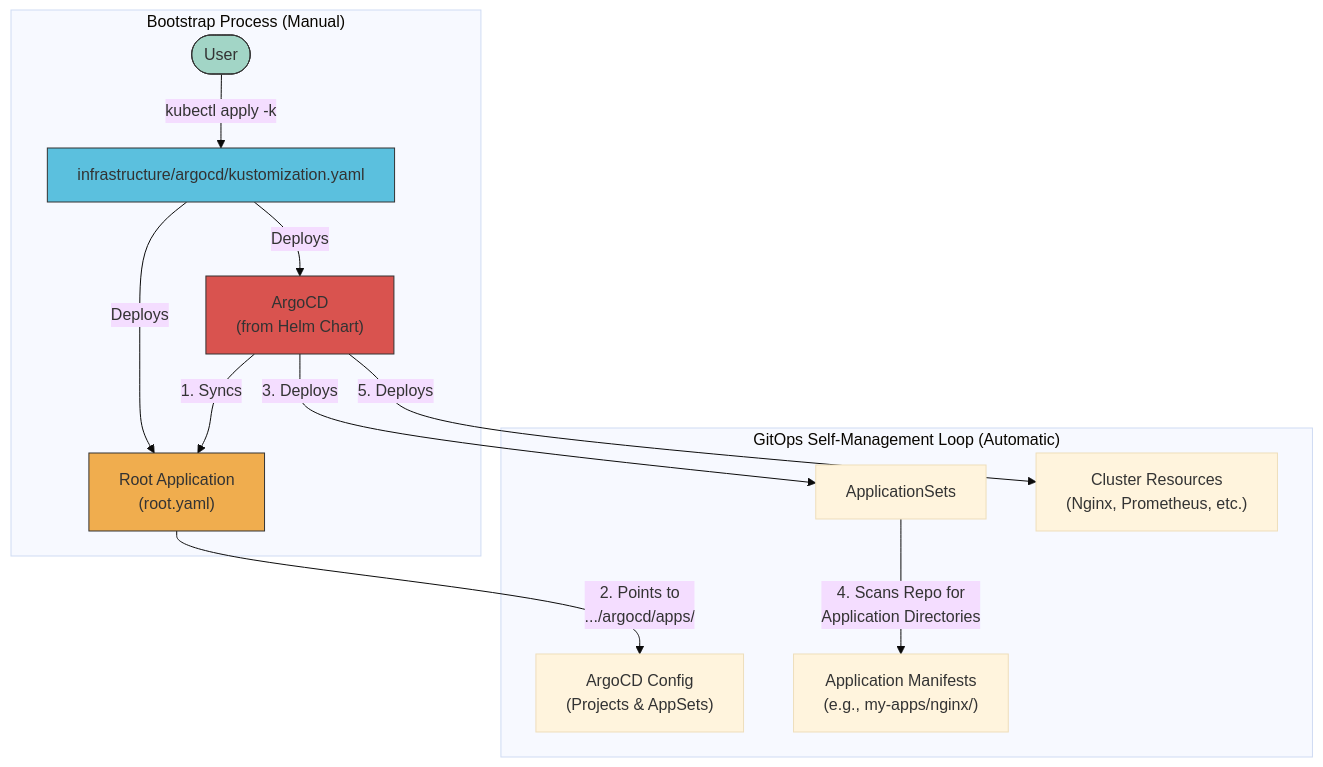
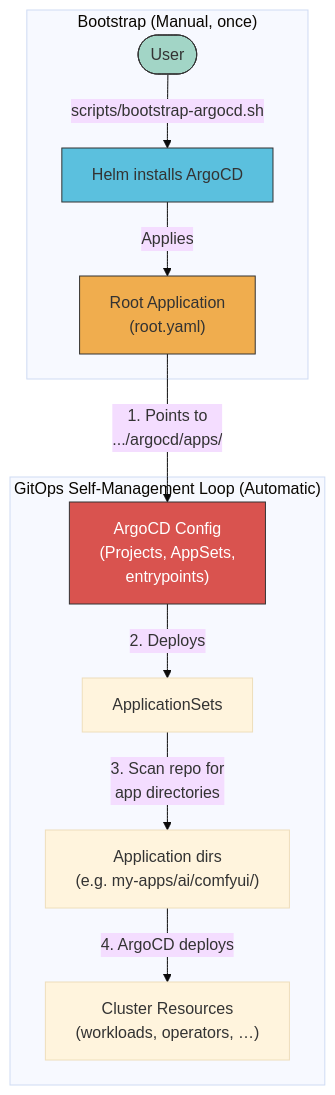
Before and after one commit to mitchross/talos-argocd-proxmox: the diagram in README.md, drawn with Mermaid (base theme). The commit also changed other lines of this file and 1 other file, not shown here.

First line of the commit message:
docs: overhaul root README around the real bootstrap sequence

````diff
--- a/README.md
+++ b/README.md
@@ -30,21 +32,19 @@
 ```mermaid
 graph TD;
-    subgraph "Bootstrap Process (Manual)"
-        User(["User"]) -- "kubectl apply -k" --> Kustomization["infrastructure/argocd/kustomization.yaml"];
-        Kustomization -- "Deploys" --> ArgoCD["ArgoCD<br/>(from Helm Chart)"];
-        Kustomization -- "Deploys" --> RootApp["Root Application<br/>(root.yaml)"];
+    subgraph "Bootstrap (Manual, once)"
+        User(["User"]) -- "scripts/bootstrap-argocd.sh" --> Helm["Helm installs ArgoCD"];
+        Helm -- "Applies" --> RootApp["Root Application<br/>(root.yaml)"];
     end
 
     subgraph "GitOps Self-Management Loop (Automatic)"
-        ArgoCD -- "1. Syncs" --> RootApp;
-        RootApp -- "2. Points to<br/>.../argocd/apps/" --> ArgoConfigDir["ArgoCD Config<br/>(Projects & AppSets)"];
-        ArgoCD -- "3. Deploys" --> AppSets["ApplicationSets"];
-        AppSets -- "4. Scans Repo for<br/>Application Directories" --> AppManifests["Application Manifests<br/>(e.g., my-apps/nginx/)"];
-        ArgoCD -- "5. Deploys" --> ClusterResources["Cluster Resources<br/>(Nginx, Prometheus, etc.)"];
+        RootApp -- "1. Points to<br/>.../argocd/apps/" --> ArgoConfigDir["ArgoCD Config<br/>(Projects, AppSets,<br/>entrypoints)"];
+        ArgoConfigDir -- "2. Deploys" --> AppSets["ApplicationSets"];
+        AppSets -- "3. Scan repo for<br/>app directories" --> AppManifests["Application dirs<br/>(e.g. my-apps/ai/comfyui/)"];
+        AppManifests -- "4. ArgoCD deploys" --> ClusterResources["Cluster Resources<br/>(workloads, operators, …)"];
     end
 
     style User fill:#a2d5c6,stroke:#333
-    style Kustomization fill:#5bc0de,stroke:#333
+    style Helm fill:#5bc0de,stroke:#333
     style RootApp fill:#f0ad4e,stroke:#333
-    style ArgoCD fill:#d9534f,stroke:#333
+    style ArgoConfigDir fill:#d9534f,stroke:#333,color:#fff
 ```
````
